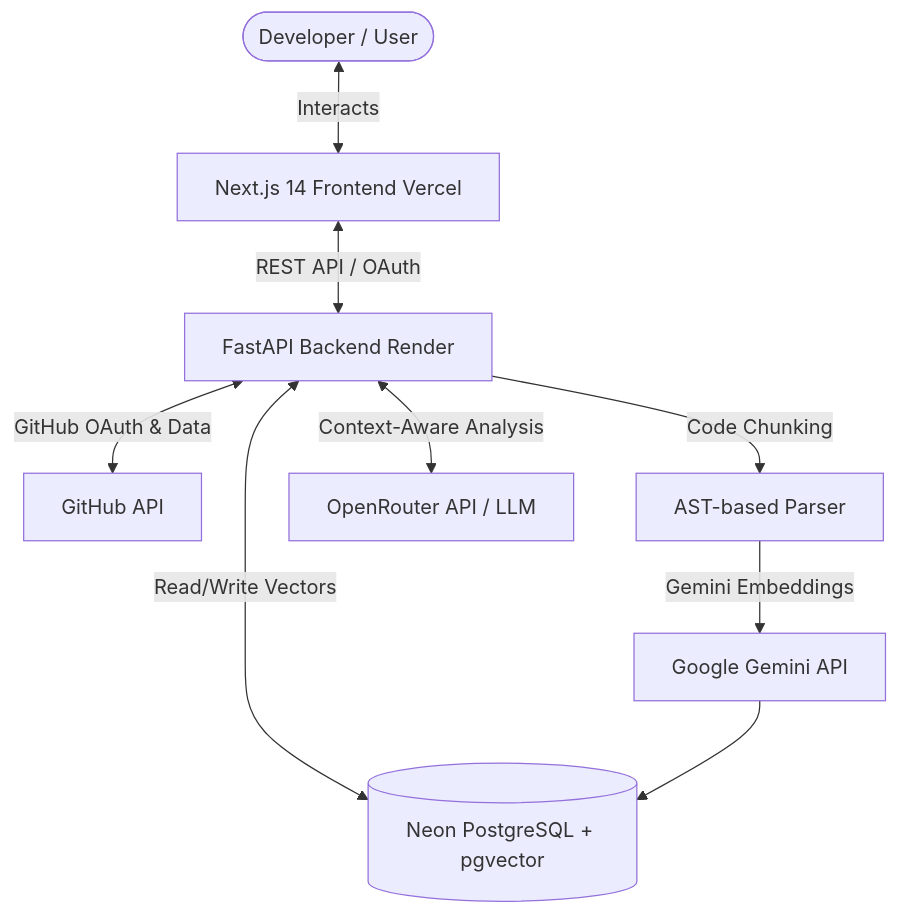
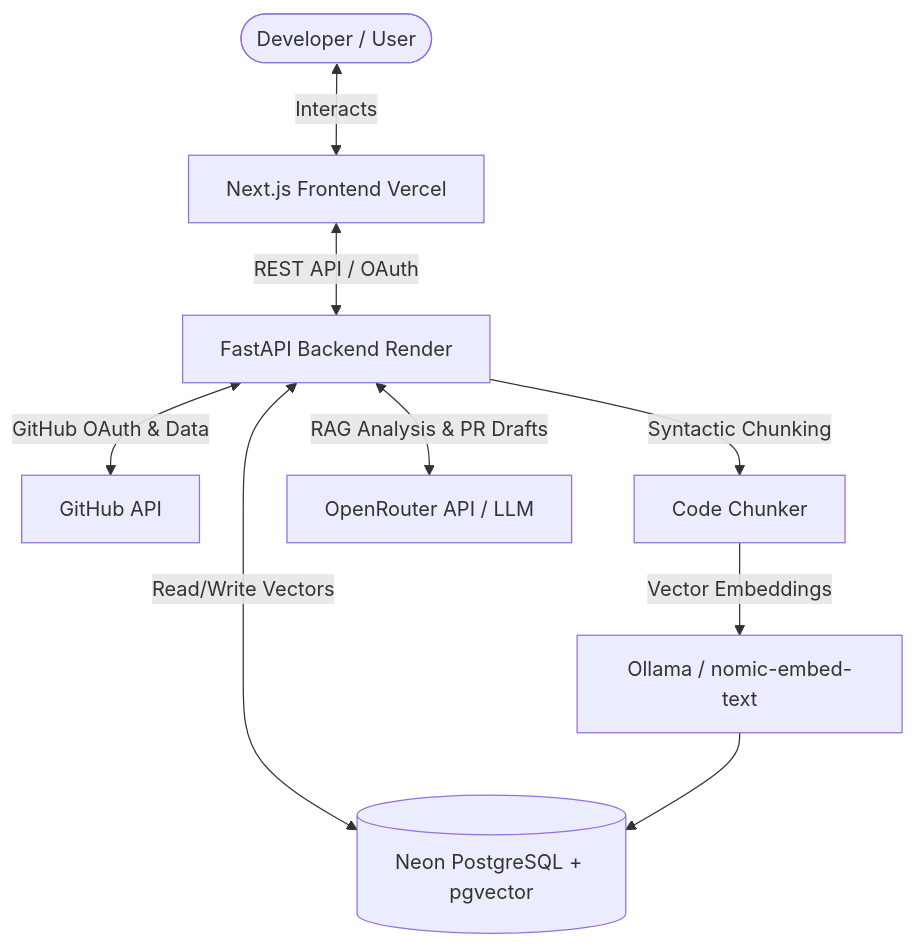
One commit to Rutujaa-04/ContribAI changed the diagram in README.md. Above: the diagram before and after it, drawn with Mermaid. The commit also changed other lines of this file and 5 other files, not shown here.

````diff
--- a/README.md
+++ b/README.md
@@ -44,11 +44,11 @@
 ```mermaid
 graph TD
-    User([Developer / User]) <-->|Interacts| FE[Next.js 14 Frontend Vercel]
+    User([Developer / User]) <-->|Interacts| FE[Next.js Frontend Vercel]
     FE <-->|REST API / OAuth| BE[FastAPI Backend Render]
     BE <-->|GitHub OAuth & Data| GH[GitHub API]
     BE <-->|Read/Write Vectors| DB[(Neon PostgreSQL + pgvector)]
-    BE -->|Code Chunking| AST[AST-based Parser]
-    AST -->|Gemini Embeddings| GEMINI[Google Gemini API]
-    GEMINI --> DB
-    BE <-->|Context-Aware Analysis| OR[OpenRouter API / LLM]
+    BE -->|Syntactic Chunking| CHUNK[Code Chunker]
+    CHUNK -->|Vector Embeddings| EMBED[Ollama / nomic-embed-text]
+    EMBED --> DB
+    BE <-->|RAG Analysis & PR Drafts| LLM[OpenRouter API / LLM]
 ```
````
